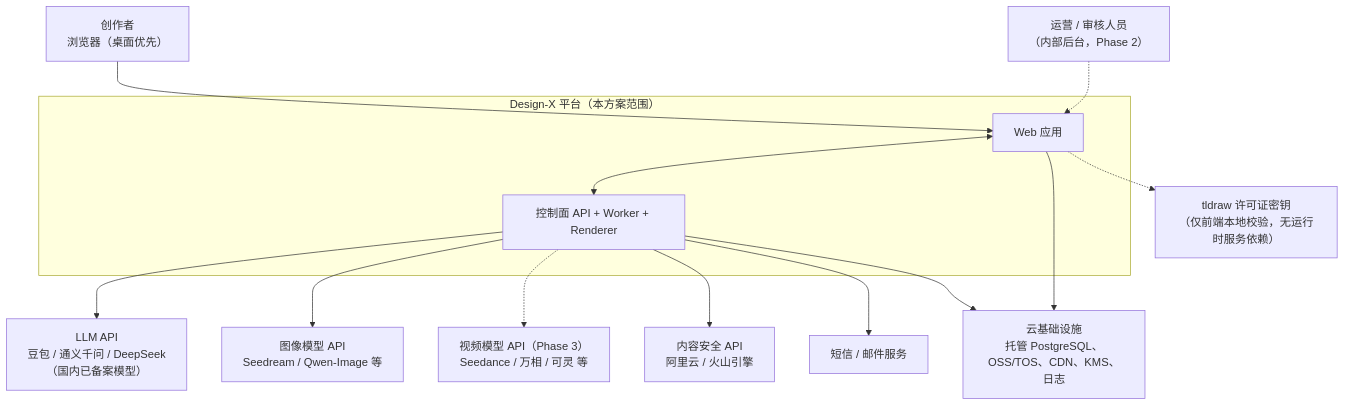
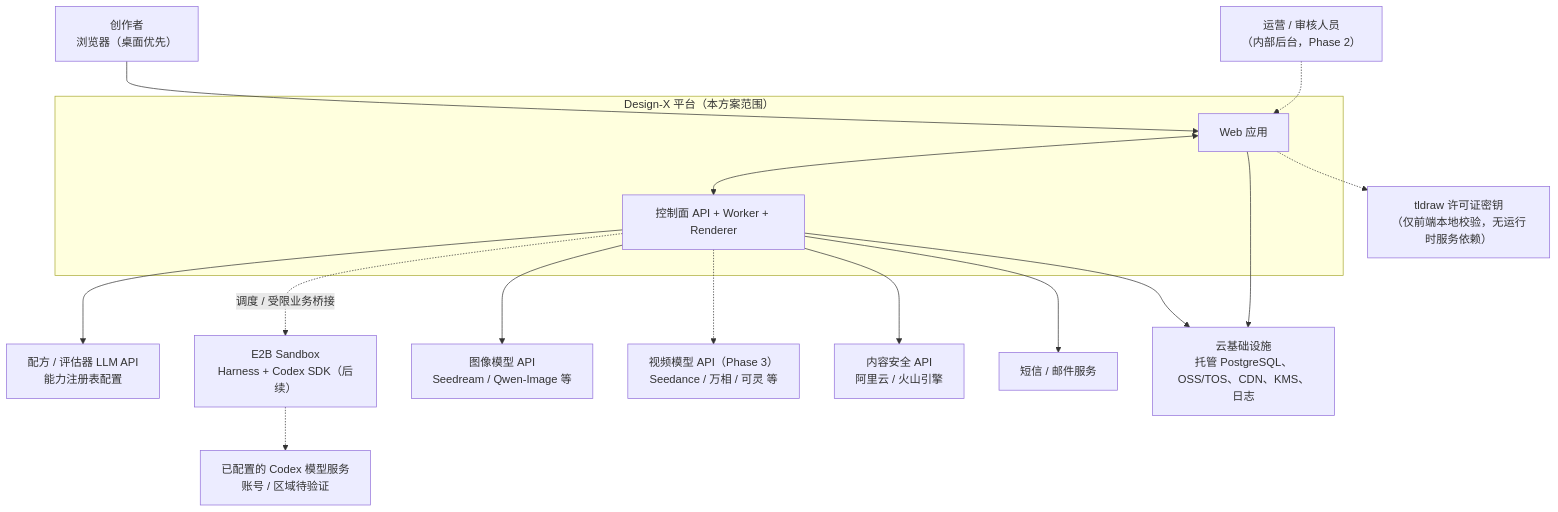
One commit to abystra/design-x changed the first of 10 diagrams in docs/architecture/02-architecture-diagrams.md. Above: the diagram before and after it, drawn with Mermaid. The commit also changed other lines of this file and 39 other files, not shown here.

Commit message:
feat: add persistent workspace API and adopt Codex E2B architecture

````diff
--- a/docs/architecture/02-architecture-diagrams.md
+++ b/docs/architecture/02-architecture-diagrams.md
@@ -9,30 +11,34 @@
 ```mermaid
 flowchart TB
   user["创作者<br/>浏览器（桌面优先）"]
   admin["运营 / 审核人员<br/>（内部后台，Phase 2）"]
 
   subgraph DX["Design-X 平台（本方案范围）"]
     web["Web 应用"]
     core["控制面 API + Worker + Renderer"]
   end
 
-  llm["LLM API<br/>豆包 / 通义千问 / DeepSeek<br/>（国内已备案模型）"]
+  llm["配方 / 评估器 LLM API<br/>能力注册表配置"]
+  sbx["E2B Sandbox<br/>Harness + Codex SDK（后续）"]
+  codex["已配置的 Codex 模型服务<br/>账号 / 区域待验证"]
   img["图像模型 API<br/>Seedream / Qwen-Image 等"]
   vid["视频模型 API（Phase 3）<br/>Seedance / 万相 / 可灵 等"]
   mod["内容安全 API<br/>阿里云 / 火山引擎"]
   sms["短信 / 邮件服务"]
   cloud["云基础设施<br/>托管 PostgreSQL、OSS/TOS、CDN、KMS、日志"]
   tl["tldraw 许可证密钥<br/>（仅前端本地校验，无运行时服务依赖）"]
 
   user --> web
   admin -.-> web
   web <--> core
   core --> llm
+  core -.->|调度 / 受限业务桥接| sbx
+  sbx -.-> codex
   core --> img
   core -.-> vid
   core --> mod
   core --> sms
   core --> cloud
   web --> cloud
   web -.-> tl
 ```
````
